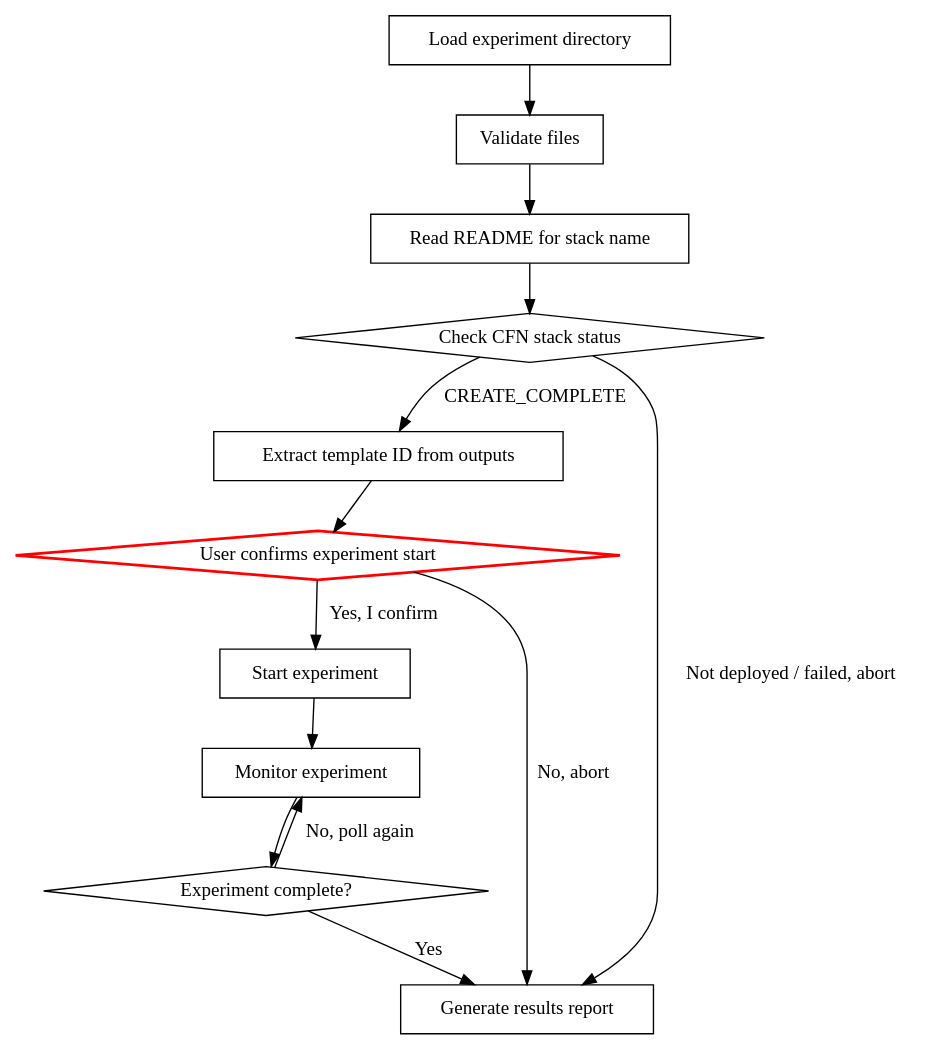
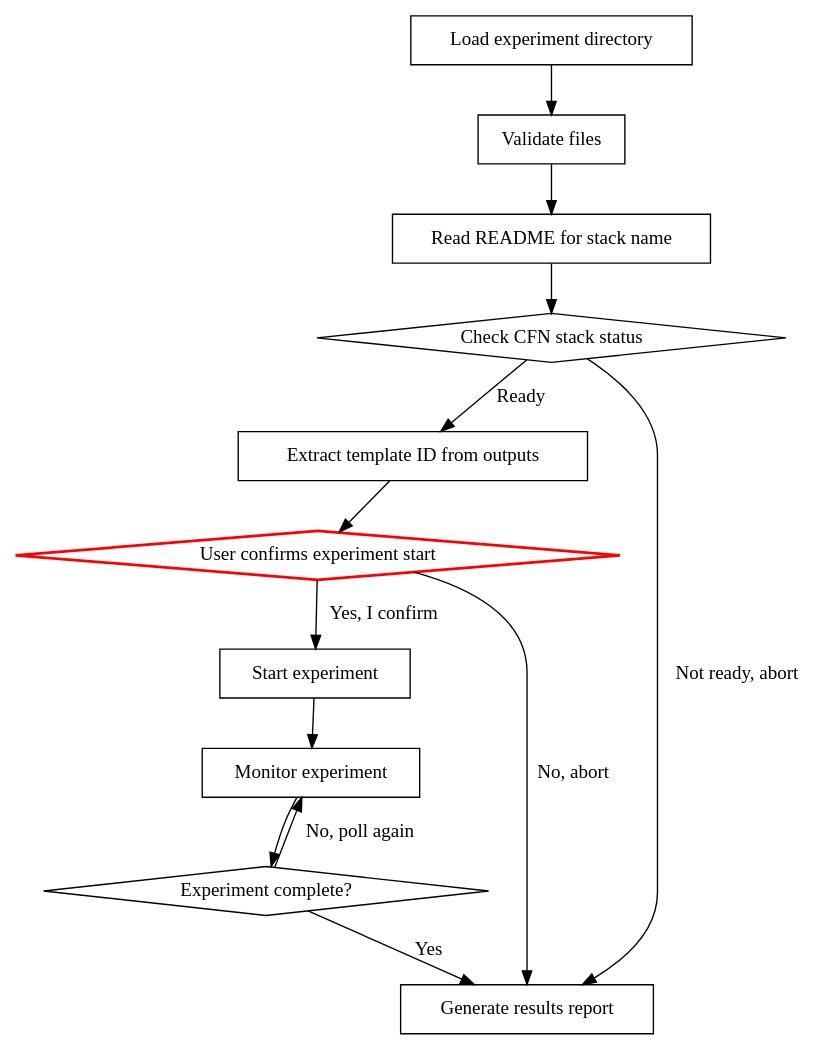
The diagram in aws-fis-experiment-execute/SKILL.md (panlm/skills), drawn with Graphviz before and after one commit. The commit also changed other lines of this file, not shown here.

````diff
--- a/aws-fis-experiment-execute/SKILL.md
+++ b/aws-fis-experiment-execute/SKILL.md
@@ -37,27 +36,27 @@
 ```dot
 digraph execute_flow {
     "Load experiment directory" [shape=box];
     "Validate files" [shape=box];
     "Read README for stack name" [shape=box];
     "Check CFN stack status" [shape=diamond];
     "Extract template ID from outputs" [shape=box];
     "User confirms experiment start" [shape=diamond, style=bold, color=red];
     "Start experiment" [shape=box];
     "Monitor experiment" [shape=box];
     "Experiment complete?" [shape=diamond];
     "Generate results report" [shape=box];
 
     "Load experiment directory" -> "Validate files";
     "Validate files" -> "Read README for stack name";
     "Read README for stack name" -> "Check CFN stack status";
-    "Check CFN stack status" -> "Extract template ID from outputs" [label="CREATE_COMPLETE"];
-    "Check CFN stack status" -> "Generate results report" [label="Not deployed / failed, abort"];
+    "Check CFN stack status" -> "Extract template ID from outputs" [label="Ready"];
+    "Check CFN stack status" -> "Generate results report" [label="Not ready, abort"];
     "Extract template ID from outputs" -> "User confirms experiment start";
     "User confirms experiment start" -> "Start experiment" [label="Yes, I confirm"];
     "User confirms experiment start" -> "Generate results report" [label="No, abort"];
     "Start experiment" -> "Monitor experiment";
     "Monitor experiment" -> "Experiment complete?";
     "Experiment complete?" -> "Monitor experiment" [label="No, poll again"];
     "Experiment complete?" -> "Generate results report" [label="Yes"];
 }
 ```
````
